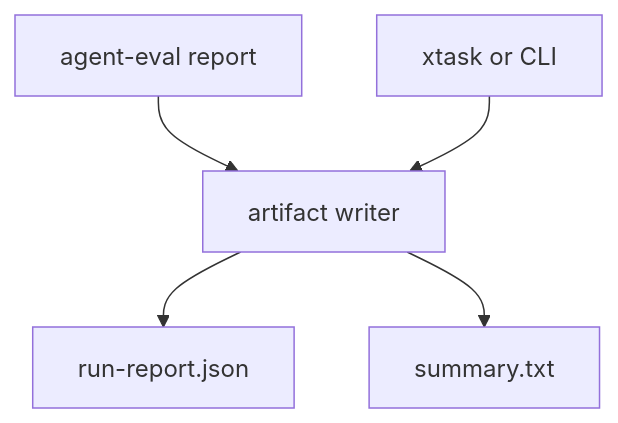
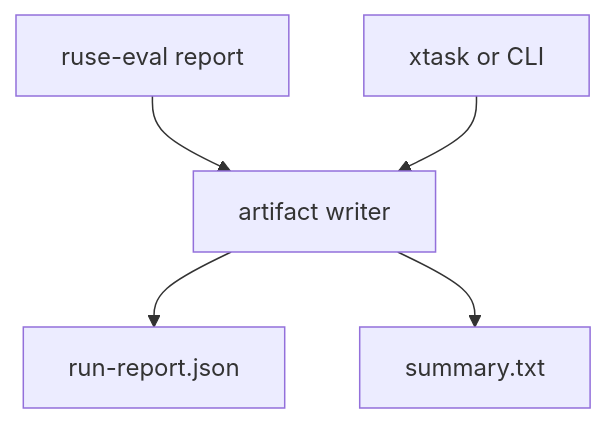
The diagram in docs/specs/M27-05-ci-reporting-integration.spec.md (poneding/agent), drawn with Mermaid before and after one commit. The commit also changed other lines of this file and 2091 other files, not shown here.

First line of the commit message:
refactor: rename agent branding to ruse

````diff
--- a/docs/specs/M27-05-ci-reporting-integration.spec.md
+++ b/docs/specs/M27-05-ci-reporting-integration.spec.md
@@ -30,7 +30,7 @@
 ```mermaid
 flowchart TD
-  Eval["agent-eval report"] --> Writer["artifact writer"]
+  Eval["ruse-eval report"] --> Writer["artifact writer"]
   Writer --> Json["run-report.json"]
   Writer --> Summary["summary.txt"]
   Xtask["xtask or CLI"] --> Writer
 ```
````
